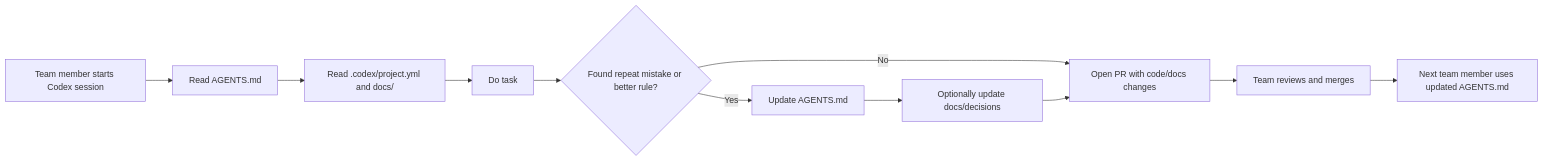
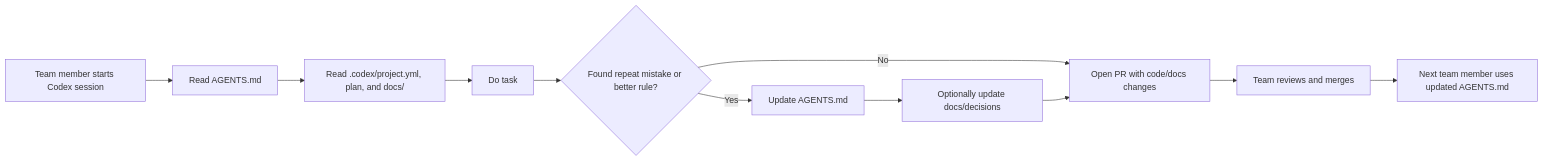
The fourth of 10 diagrams in README.md (aethersg/framework-codex-like-claude-code), drawn with Mermaid before and after one commit. The commit also changed other lines of this file and 6 other files, not shown here.

Commit message:
Add planning doc and onboarding prompt flows

````diff
--- a/README.md
+++ b/README.md
@@ -167,13 +308,13 @@
 ```mermaid
 flowchart LR
     A["Team member starts Codex session"] --> B["Read AGENTS.md"]
-    B --> C["Read .codex/project.yml and docs/"]
+    B --> C["Read .codex/project.yml, plan, and docs/"]
     C --> D["Do task"]
     D --> E{"Found repeat mistake or better rule?"}
     E -- "No" --> F["Open PR with code/docs changes"]
     E -- "Yes" --> G["Update AGENTS.md"]
     G --> H["Optionally update docs/decisions"]
     H --> F
     F --> I["Team reviews and merges"]
     I --> J["Next team member uses updated AGENTS.md"]
 ```
````
